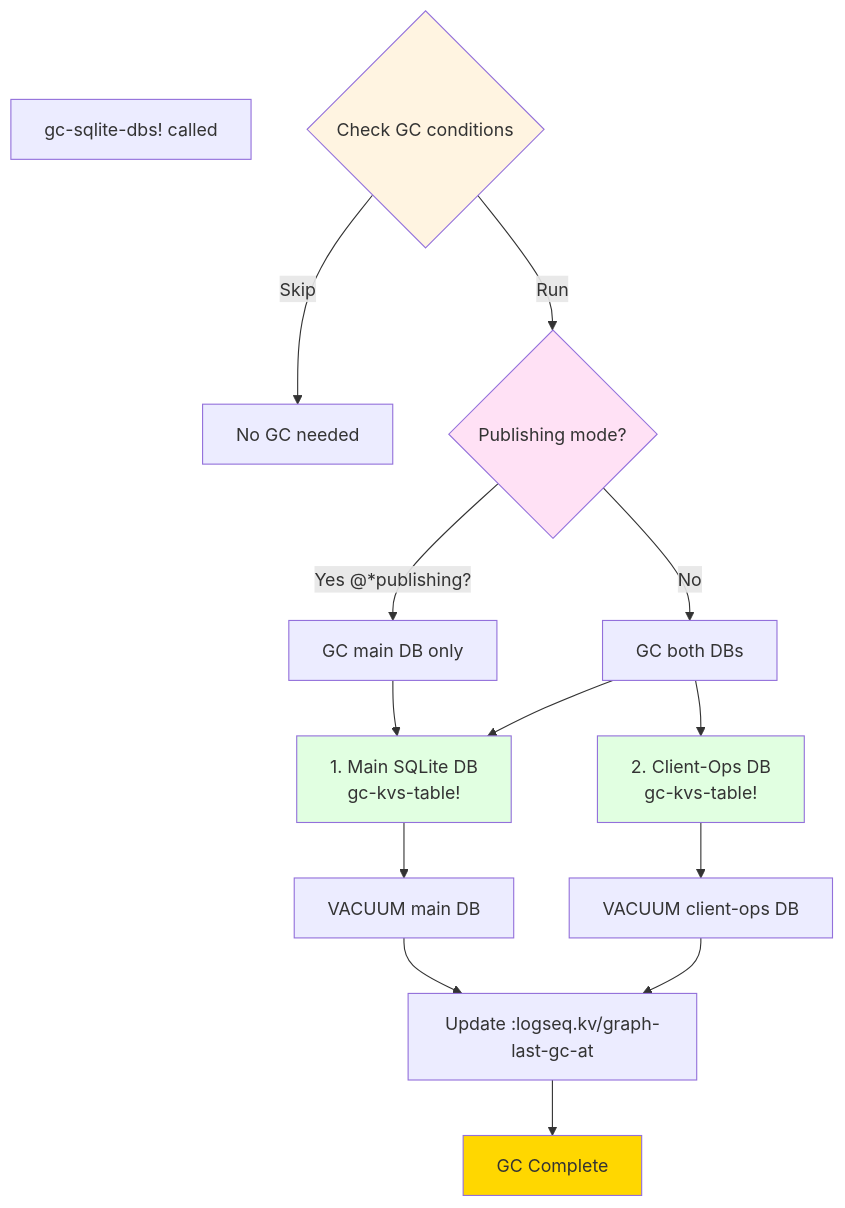
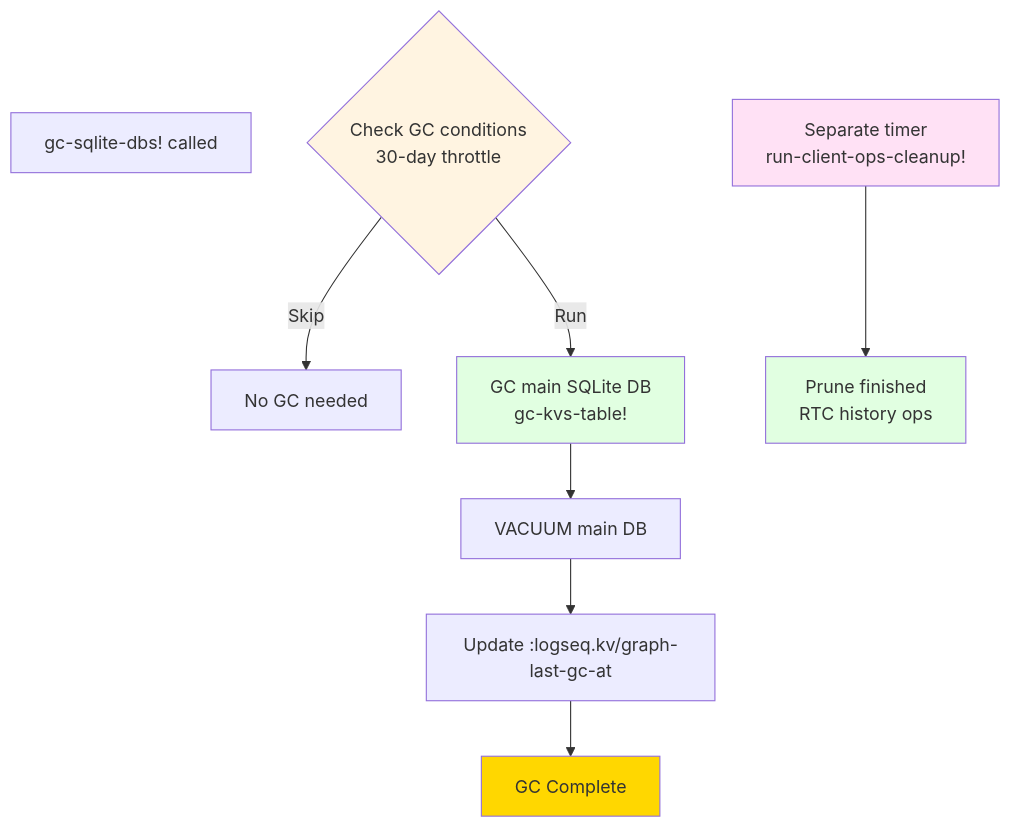
One commit to hdansou/logseq changed the fifth of 9 diagrams in dz/docs/03-features/garbage-collection/developer-guide.md. Above: the diagram before and after it, drawn with Mermaid. The commit also changed other lines of this file and 140 other files, not shown here.

````diff
--- a/dz/docs/03-features/garbage-collection/developer-guide.md
+++ b/dz/docs/03-features/garbage-collection/developer-guide.md
@@ -668,30 +661,20 @@
 ```mermaid
 flowchart TB
     START[gc-sqlite-dbs! called]
-    CHECK{Check GC conditions}
+    CHECK{Check GC conditions<br/>30-day throttle}
 
     CHECK -->|Skip| NOOP[No GC needed]
-    CHECK -->|Run| DUAL{Publishing mode?}
-
-    DUAL -->|Yes @*publishing?| MAIN[GC main DB only]
-    DUAL -->|No| BOTH[GC both DBs]
-
-    BOTH --> MAINDB[1. Main SQLite DB<br/>gc-kvs-table!]
-    BOTH --> OPSDB[2. Client-Ops DB<br/>gc-kvs-table!]
-
-    MAIN --> MAINDB
+    CHECK -->|Run| MAINDB[GC main SQLite DB<br/>gc-kvs-table!]
 
     MAINDB --> VAC1[VACUUM main DB]
-    OPSDB --> VAC2[VACUUM client-ops DB]
-
     VAC1 --> UPDATE[Update :logseq.kv/graph-last-gc-at]
-    VAC2 --> UPDATE
-
     UPDATE --> DONE[GC Complete]
 
+    SEPARATE[Separate timer<br/>run-client-ops-cleanup!] --> OPSDB[Prune finished<br/>RTC history ops]
+
     style CHECK fill:#fff4e1
-    style DUAL fill:#ffe1f5
     style MAINDB fill:#e1ffe1
     style OPSDB fill:#e1ffe1
     style DONE fill:#ffd700
+    style SEPARATE fill:#ffe1f5
 ```
````
